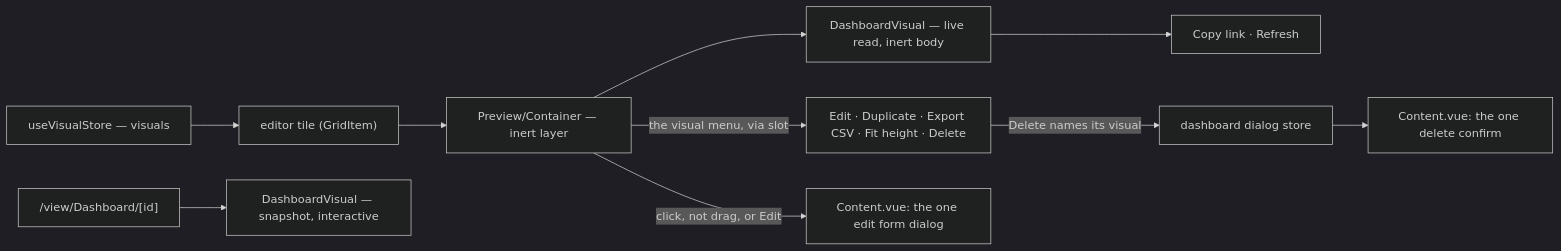
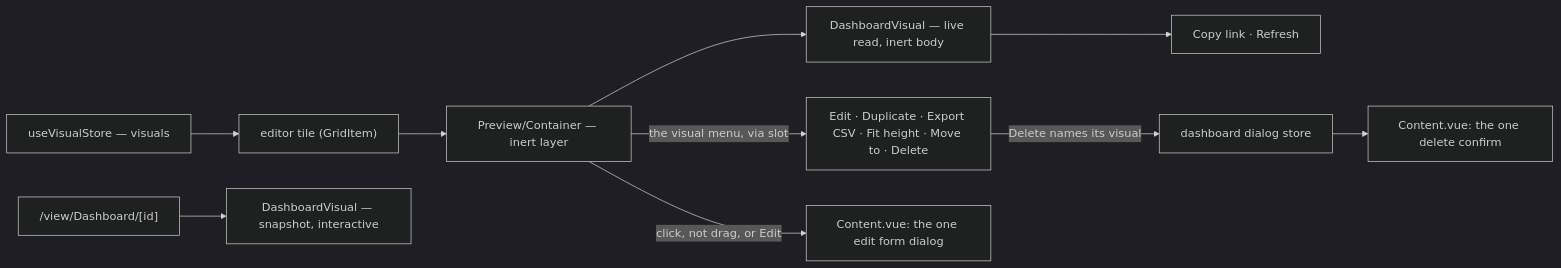
The diagram in openspec/specs/resource/dashboard-live-canvas/design.md (Esposter/Esposter), drawn with Mermaid (dark theme) before and after one commit. The commit also changed other lines of this file and 97 other files, not shown here.

````diff
--- a/openspec/specs/resource/dashboard-live-canvas/design.md
+++ b/openspec/specs/resource/dashboard-live-canvas/design.md
@@ -9,12 +9,12 @@
 ```mermaid
 flowchart LR
   STORE["useVisualStore — visuals"] --> TILE["editor tile (GridItem)"]
   TILE --> CONTAINER["Preview/Container — inert layer"]
   CONTAINER --> VIS["DashboardVisual — live read, inert body"]
-  CONTAINER -->|"the visual menu, via slot"| CORNER["Edit · Duplicate · Export CSV · Fit height · Delete"]
+  CONTAINER -->|"the visual menu, via slot"| CORNER["Edit · Duplicate · Export CSV · Fit height · Move to · Delete"]
   VIS --> CORNER2["Copy link · Refresh"]
   CONTAINER -->|"click, not drag, or Edit"| EDIT["Content.vue: the one edit form dialog"]
   CORNER -->|"Delete names its visual"| TARGET["dashboard dialog store"]
   TARGET --> CONFIRM["Content.vue: the one delete confirm"]
   PUB["/view/Dashboard/[id]"] --> VIS2["DashboardVisual — snapshot, interactive"]
 ```
````
